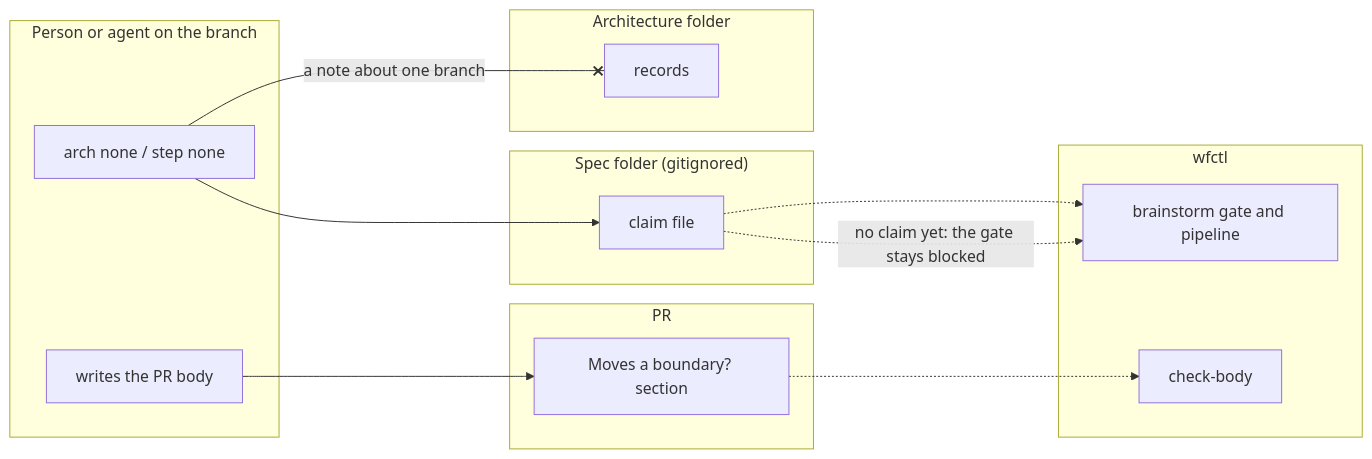
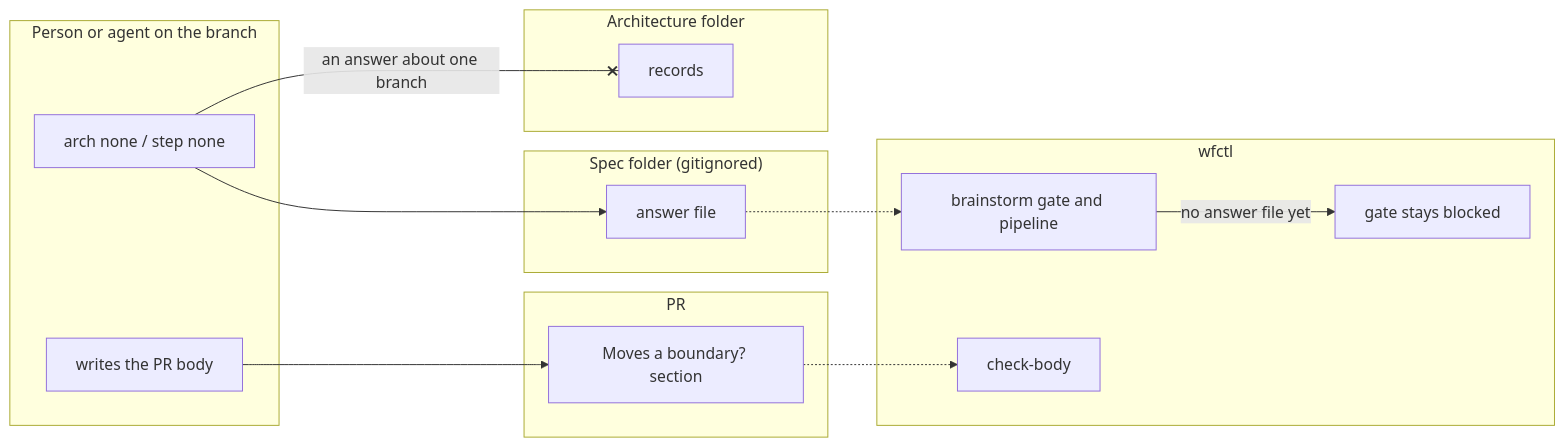
Before and after one commit to aamarin/wfctl: the diagram in docs/architecture/branch-claims-live-with-specs.md, drawn with Mermaid. The commit also changed other lines of this file, not shown here.

First line of the commit message:
docs(arch): tighten the branch-claims record's wording

````diff
--- a/docs/architecture/branch-claims-live-with-specs.md
+++ b/docs/architecture/branch-claims-live-with-specs.md
@@ -82,26 +81,27 @@
 ```mermaid
 flowchart LR
   subgraph person["Person or agent on the branch"]
-    claim["arch none / step none"]
+    none["arch none / step none"]
     body["writes the PR body"]
   end
   subgraph spec["Spec folder (gitignored)"]
-    file["claim file"]
+    file["answer file"]
   end
   subgraph wfctl["wfctl"]
     gate["brainstorm gate and pipeline"]
+    blocked["gate stays blocked"]
     check["check-body"]
   end
   subgraph pr["PR"]
     section["Moves a boundary? section"]
   end
   subgraph arch["Architecture folder"]
     records["records"]
   end
-  claim --> file
+  none --> file
   file -.-> gate
-  file -. "no claim yet: the gate stays blocked" .-> gate
+  gate -- "no answer file yet" --> blocked
   body --> section
   section -.-> check
-  claim -- "a note about one branch" --x records
+  none -- "an answer about one branch" --x records
 ```
````
